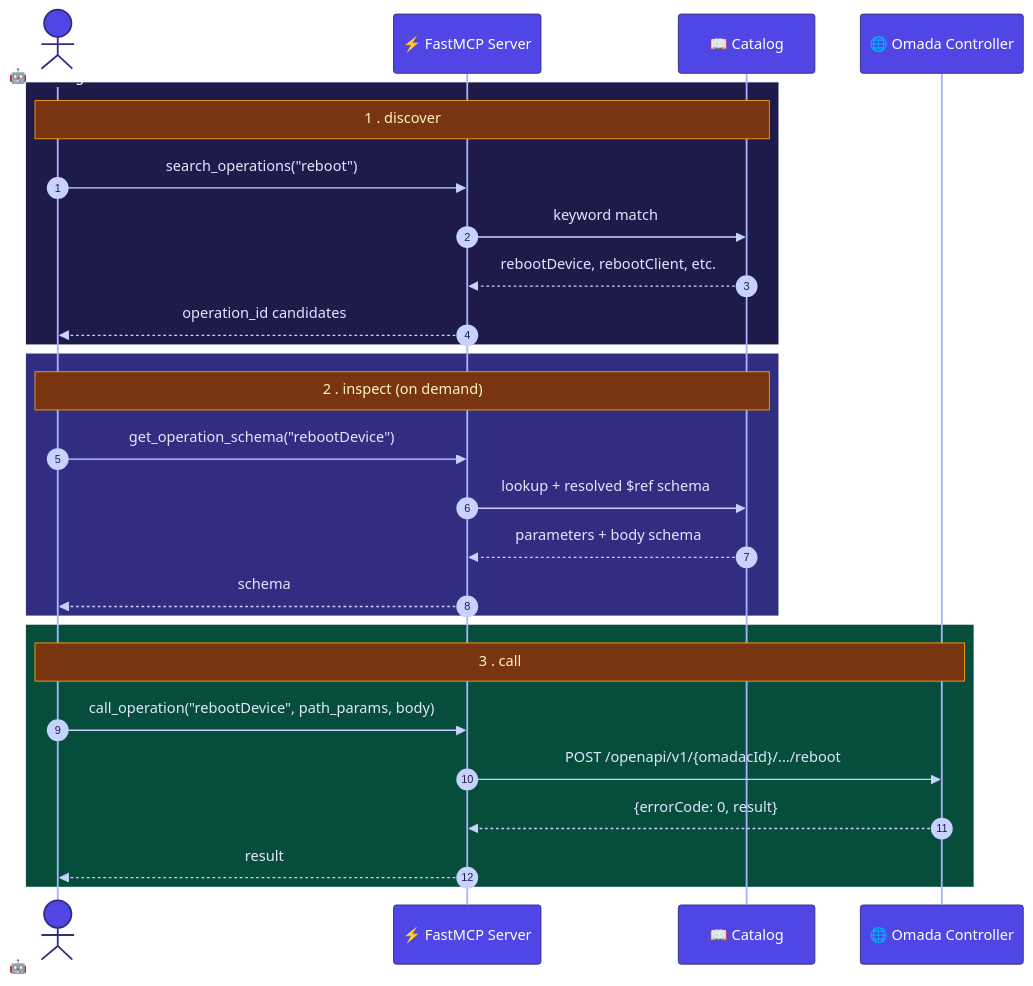
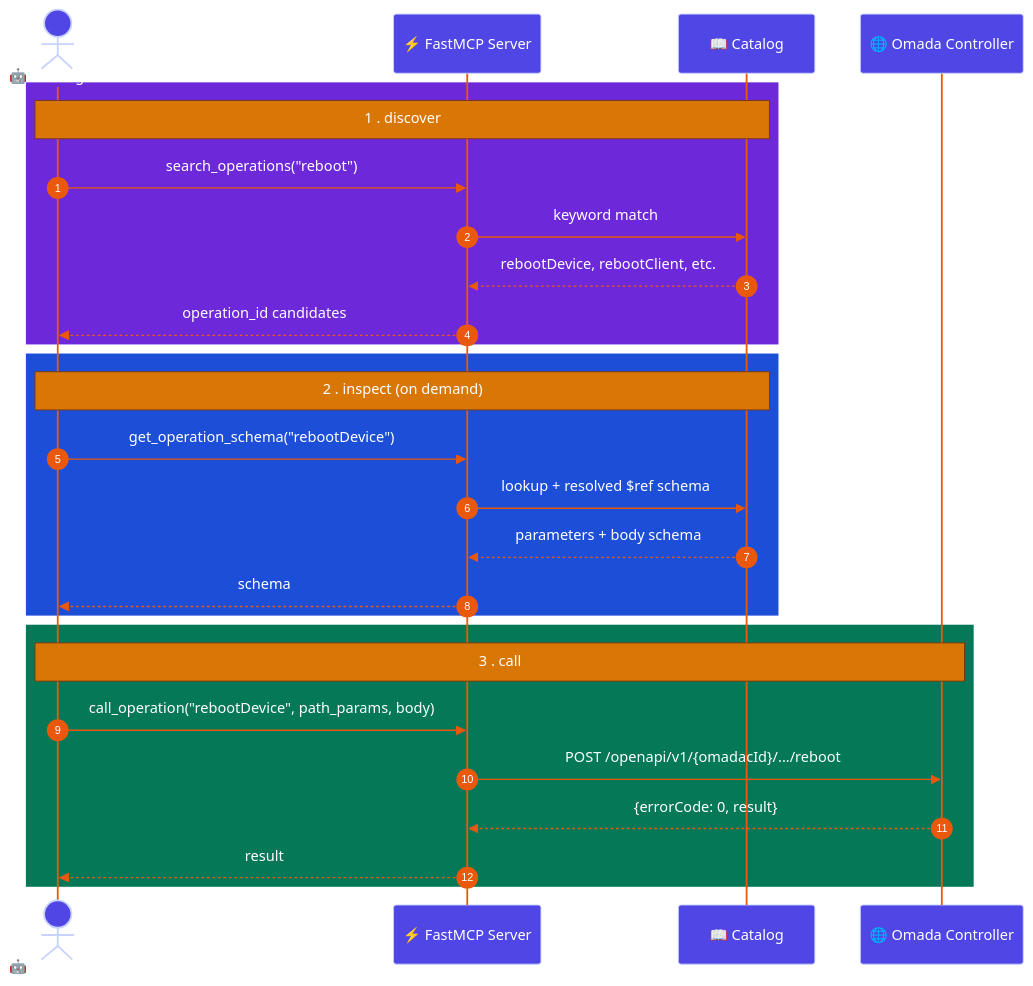
The second of 2 diagrams in README.md (samhaque/omada-controller-mcp), drawn with Mermaid before and after one commit. The commit also changed other lines of this file and 2 other files, not shown here.

Commit message:
Zero-trust hardening for the HTTP transport, and more vibrant diagram colors
On the HTTP transport, don't trust the LAN: rate limiting
(RateLimitingMiddleware, OMADA_MCP_RATE_LIMIT), DNS-rebinding / Host header
protection (host_origin_protection="auto", OMADA_MCP_ALLOWED_HOSTS), and
structured audit logging of every tool call (StructuredLoggingMiddleware),
on top of the existing bearer token. Transport encryption stays out of
scope for the app itself; README now points at a reverse proxy or an
overlay network (Tailscale/WireGuard) for that instead of hand-rolling TLS.

Also fixed the Mermaid diagrams' colors: the sequence diagram's rect fills
were near-black and its line/text colors were pale lavender, low contrast
in both light and dark GitHub rendering. Switched to saturated 600/700-level
fills with white/orange accents, and brightened the flowchart's washed-out
internal-node fill to match the rest of the palette.

````diff
--- a/README.md
+++ b/README.md
@@ -58,40 +58,40 @@
 ```mermaid
 %%{init: {'theme': 'base', 'themeVariables': {
-  'primaryColor': '#312e81', 'primaryTextColor': '#ffffff', 'primaryBorderColor': '#818cf8',
-  'lineColor': '#a5b4fc', 'actorBkg': '#4f46e5', 'actorBorder': '#312e81', 'actorTextColor': '#ffffff',
-  'actorLineColor': '#a5b4fc', 'signalColor': '#c7d2fe', 'signalTextColor': '#e0e7ff',
-  'labelBoxBkgColor': '#4f46e5', 'labelBoxBorderColor': '#312e81', 'labelTextColor': '#ffffff',
-  'noteBkgColor': '#78350f', 'noteBorderColor': '#f59e0b', 'noteTextColor': '#fef3c7',
-  'activationBorderColor': '#818cf8', 'activationBkgColor': '#4338ca', 'sequenceNumberColor': '#1e1b4b'
+  'primaryColor': '#7c3aed', 'primaryTextColor': '#ffffff', 'primaryBorderColor': '#c4b5fd',
+  'lineColor': '#ea580c', 'actorBkg': '#4f46e5', 'actorBorder': '#c7d2fe', 'actorTextColor': '#ffffff',
+  'actorLineColor': '#ea580c', 'signalColor': '#ea580c', 'signalTextColor': '#ffffff',
+  'labelBoxBkgColor': '#4f46e5', 'labelBoxBorderColor': '#c7d2fe', 'labelTextColor': '#ffffff',
+  'noteBkgColor': '#d97706', 'noteBorderColor': '#78350f', 'noteTextColor': '#ffffff',
+  'activationBorderColor': '#c4b5fd', 'activationBkgColor': '#6d28d9', 'sequenceNumberColor': '#ffffff'
 }}}%%
 sequenceDiagram
     autonumber
     actor Agent as 🤖 MCP Agent
     participant Srv as ⚡ FastMCP Server
     participant Cat as 📖 Catalog
     participant Ctl as 🌐 Omada Controller
 
-    rect rgb(30, 27, 75)
+    rect rgb(109, 40, 217)
     note over Agent,Cat: 1 . discover
     Agent->>Srv: search_operations("reboot")
     Srv->>Cat: keyword match
     Cat-->>Srv: rebootDevice, rebootClient, etc.
     Srv-->>Agent: operation_id candidates
     end
 
-    rect rgb(49, 46, 129)
+    rect rgb(29, 78, 216)
     note over Agent,Cat: 2 . inspect (on demand)
     Agent->>Srv: get_operation_schema("rebootDevice")
     Srv->>Cat: lookup + resolved $ref schema
     Cat-->>Srv: parameters + body schema
     Srv-->>Agent: schema
     end
 
-    rect rgb(6, 78, 59)
+    rect rgb(4, 120, 87)
     note over Agent,Ctl: 3 . call
     Agent->>Srv: call_operation("rebootDevice", path_params, body)
     Srv->>Ctl: POST /openapi/v1/{omadacId}/.../reboot
     Ctl-->>Srv: {errorCode: 0, result}
     Srv-->>Agent: result
     end
 ```
````
